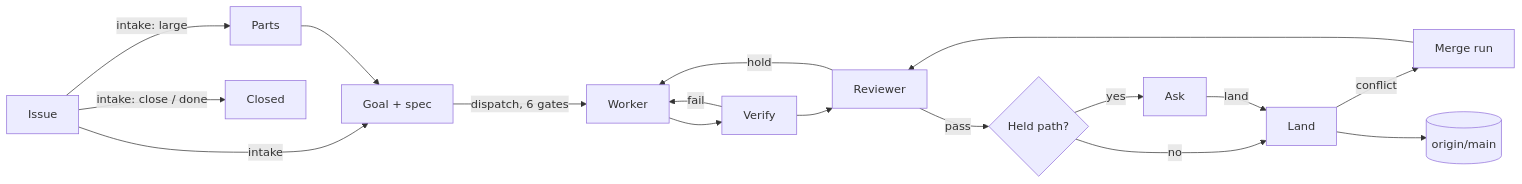
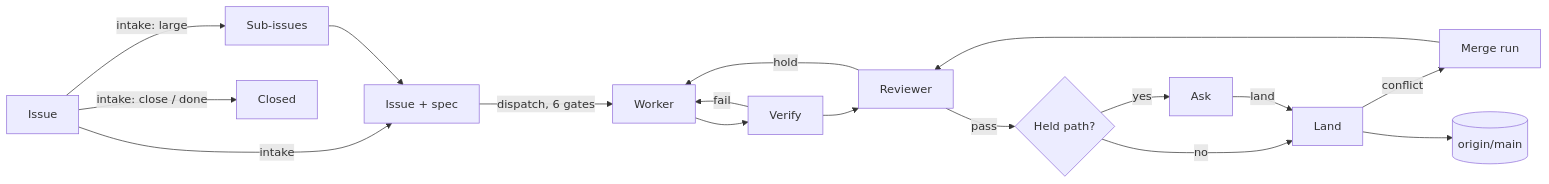
One commit to crsmithdev/aleph changed the diagram in docs/workflow.md. Above: the diagram before and after it, drawn with Mermaid. The commit also changed other lines of this file and 5 other files, not shown here.

First line of the commit message:
say sub-issue, not part or goal, in the docs

````diff
--- a/docs/workflow.md
+++ b/docs/workflow.md
@@ -7,17 +7,17 @@
 ```mermaid
 flowchart LR
-  I[Issue] -->|intake| G[Goal + spec]
-  I -->|intake: large| P[Parts] --> G
+  I[Issue] -->|intake| G[Issue + spec]
+  I -->|intake: large| P[Sub-issues] --> G
   I -->|intake: close / done| X[Closed]
   G -->|dispatch, 6 gates| W[Worker]
   W --> V[Verify]
   V -->|fail| W
   V --> R[Reviewer]
   R -->|hold| W
   R -->|pass| H{Held path?}
   H -->|yes| A[Ask]
   H -->|no| L[Land]
   A -->|land| L
   L -->|conflict| M[Merge run] --> R
   L --> Main[(origin/main)]
 ```
````
